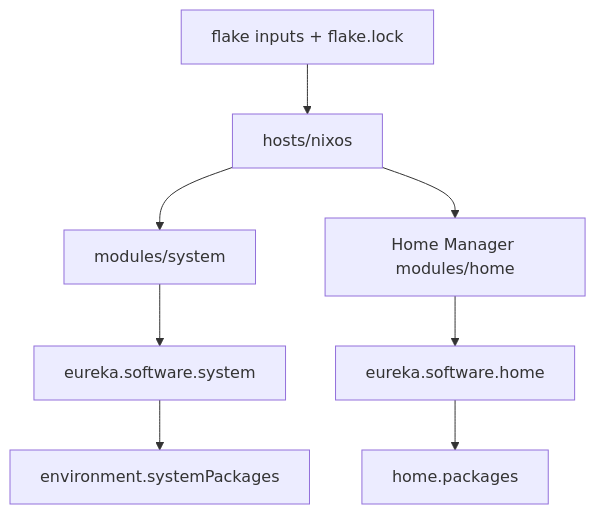
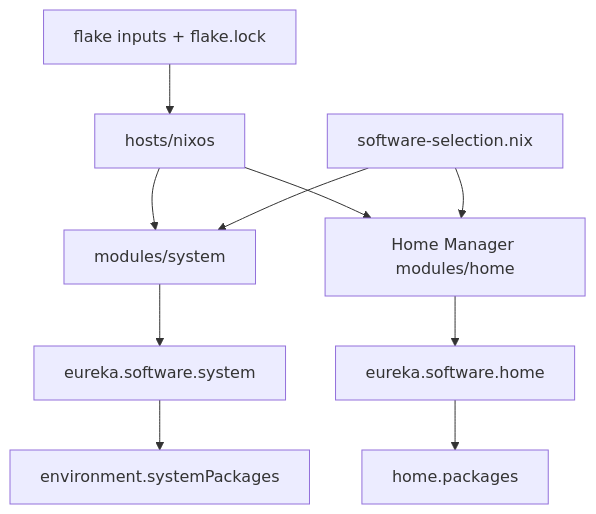
The diagram in docs/architecture.md (Eurekaimer/EurekaimerOS), drawn with Mermaid before and after one commit. The commit also changed other lines of this file and 71 other files, not shown here.

````diff
--- a/docs/architecture.md
+++ b/docs/architecture.md
@@ -18,10 +22,12 @@
 ```mermaid
 flowchart TD
   F[flake inputs + flake.lock] --> H[hosts/nixos]
   H --> S[modules/system]
   H --> HM[Home Manager modules/home]
+  C[software-selection.nix] --> S
+  C --> HM
   S --> ES[eureka.software.system]
   HM --> EH[eureka.software.home]
   ES --> SP[environment.systemPackages]
   EH --> HP[home.packages]
 ```
````
